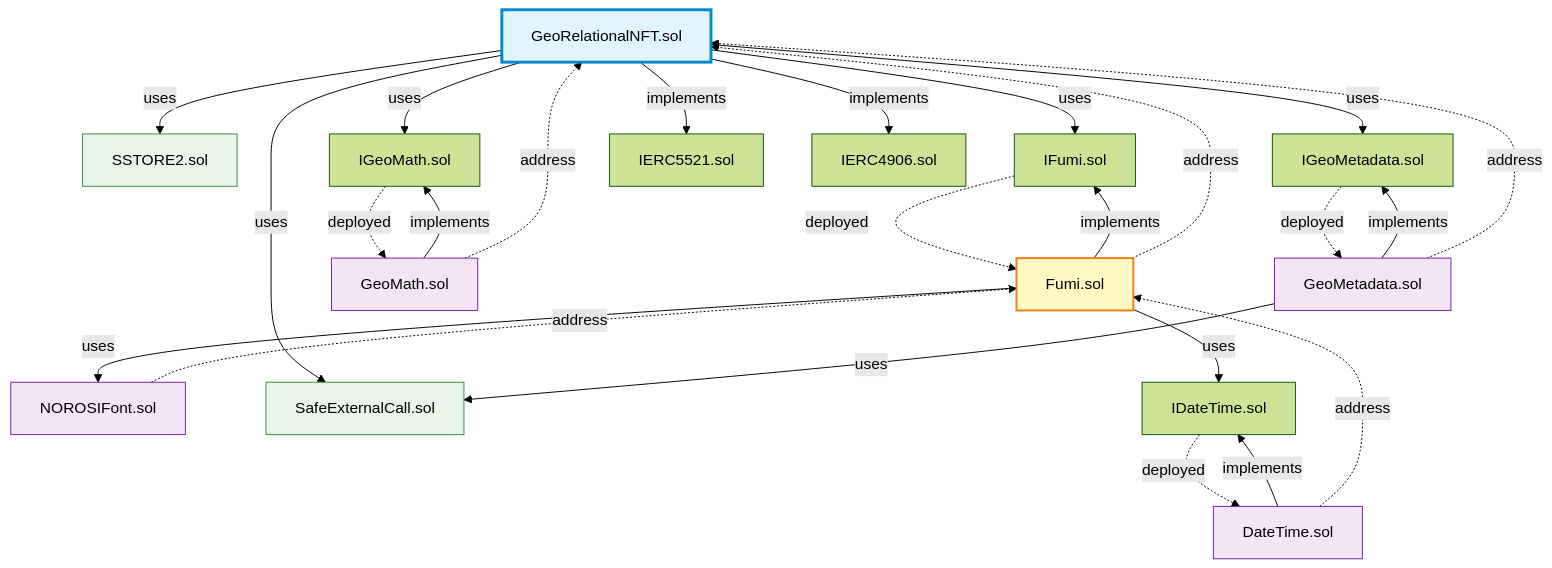
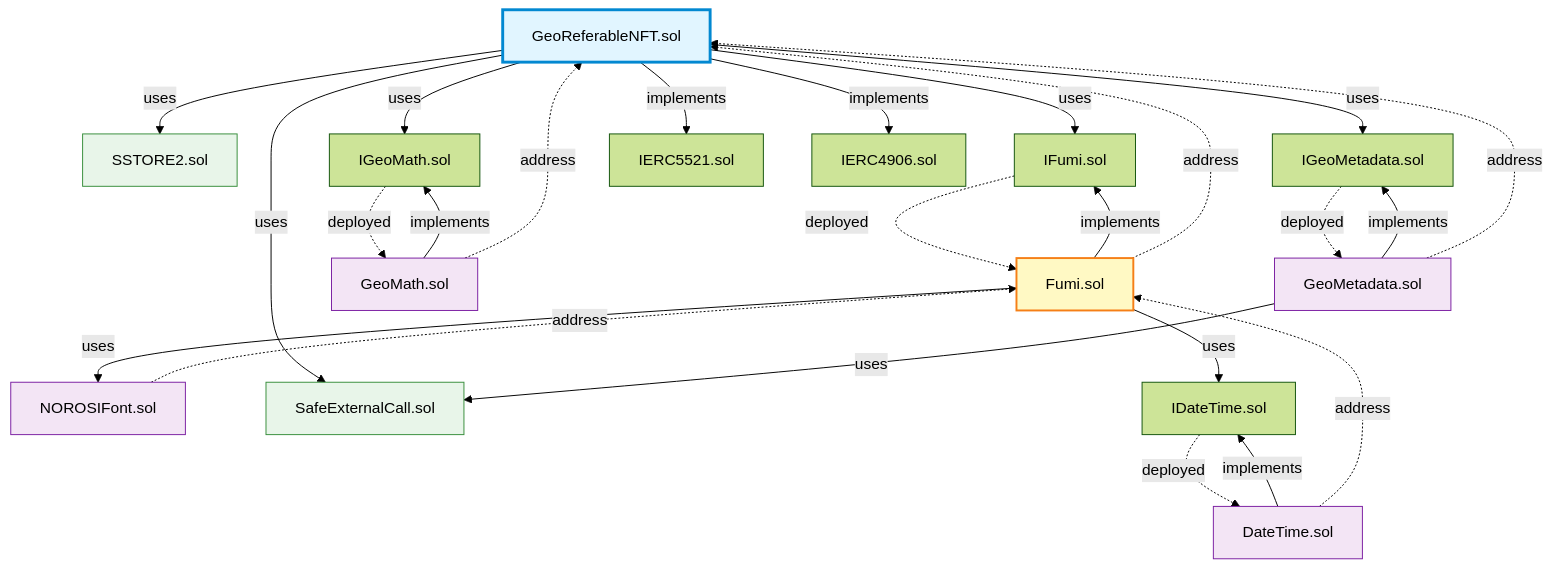
Before and after one commit to kajiyan/Geo-Referable_NFT: the diagram in packages/contracts/README.md, drawn with Mermaid (forest theme). The commit also changed other lines of this file and 41 other files, not shown here.

First line of the commit message:
refactor: rename GeoRelationalNFT to GeoReferableNFT across entire codebase

````diff
--- a/packages/contracts/README.md
+++ b/packages/contracts/README.md
@@ -43,63 +43,63 @@
 ```mermaid
 graph TD
     %% Main Contract
-    GeoNFT[GeoRelationalNFT.sol]
+    GeoNFT[GeoReferableNFT.sol]
 
     %% SVG Generation
     Fumi[Fumi.sol]
 
     %% Libraries
     DateTime[DateTime.sol]
     NOROSIFont[NOROSIFont.sol]
     GeoMath[GeoMath.sol]
     GeoMetadata[GeoMetadata.sol]
     SSTORE2[SSTORE2.sol]
     SafeCall[SafeExternalCall.sol]
 
     %% Interfaces
     IFumi[IFumi.sol]
     IGeoMath[IGeoMath.sol]
     IGeoMetadata[IGeoMetadata.sol]
     IDateTime[IDateTime.sol]
     IERC5521[IERC5521.sol]
     IERC4906[IERC4906.sol]
 
     %% Dependencies
     GeoNFT -->|uses| IFumi
     GeoNFT -->|uses| IGeoMath
     GeoNFT -->|uses| IGeoMetadata
     GeoNFT -->|uses| SSTORE2
     GeoNFT -->|uses| SafeCall
     GeoNFT -->|implements| IERC5521
     GeoNFT -->|implements| IERC4906
 
     Fumi -->|uses| IDateTime
     Fumi -->|uses| NOROSIFont
     Fumi -->|implements| IFumi
 
     DateTime -->|implements| IDateTime
     GeoMath -->|implements| IGeoMath
     GeoMetadata -->|implements| IGeoMetadata
     GeoMetadata -->|uses| SafeCall
 
     %% Deployment Order
     IFumi -.->|deployed| Fumi
     IGeoMath -.->|deployed| GeoMath
     IGeoMetadata -.->|deployed| GeoMetadata
     IDateTime -.->|deployed| DateTime
 
     DateTime -.->|address| Fumi
     NOROSIFont -.->|address| Fumi
     Fumi -.->|address| GeoNFT
     GeoMath -.->|address| GeoNFT
     GeoMetadata -.->|address| GeoNFT
 
     style GeoNFT fill:#e1f5ff,stroke:#0288d1,stroke-width:3px
     style Fumi fill:#fff9c4,stroke:#f57f17,stroke-width:2px
     style DateTime fill:#f3e5f5,stroke:#7b1fa2,stroke-width:1px
     style NOROSIFont fill:#f3e5f5,stroke:#7b1fa2,stroke-width:1px
     style GeoMath fill:#f3e5f5,stroke:#7b1fa2,stroke-width:1px
     style GeoMetadata fill:#f3e5f5,stroke:#7b1fa2,stroke-width:1px
     style SSTORE2 fill:#e8f5e9,stroke:#388e3c,stroke-width:1px
     style SafeCall fill:#e8f5e9,stroke:#388e3c,stroke-width:1px
 ```
````
